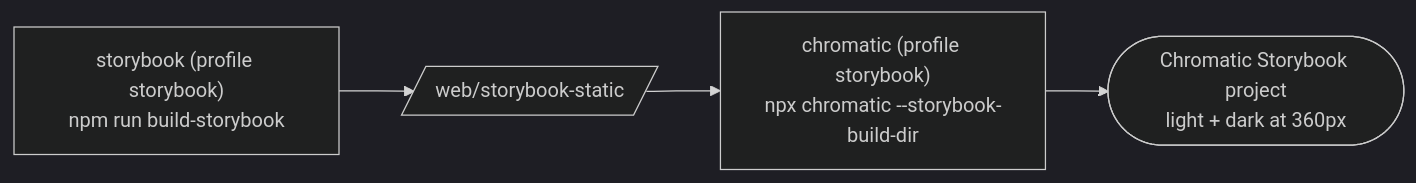
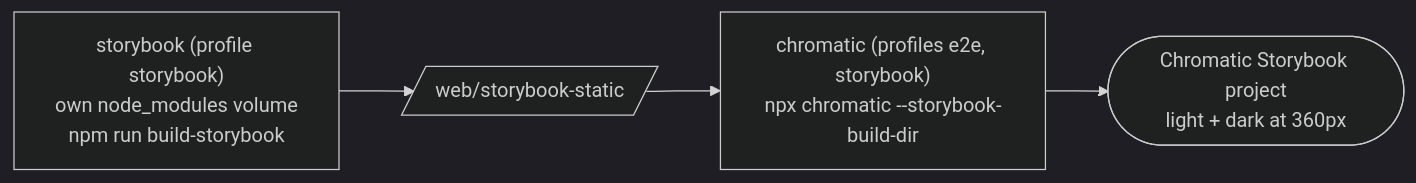
One commit to l1em1on1/social-tennis changed diagram 11 of 12 in docs/architecture.md. Above: the diagram before and after it, drawn with Mermaid (dark theme). The commit also changed other lines of this file and 4 other files, not shown here.

First line of the commit message:
Storybook: tsc covers .storybook, its own volume, and the review's fixes (#46)

````diff
--- a/docs/architecture.md
+++ b/docs/architecture.md
@@ -444,5 +444,5 @@
 ```mermaid
 flowchart LR
-    SB["storybook (profile storybook)<br/>npm run build-storybook"] --> ST[/"web/storybook-static"/]
-    ST --> C2["chromatic (profile storybook)<br/>npx chromatic --storybook-build-dir"] --> CH2(["Chromatic Storybook project<br/>light + dark at 360px"])
+    SB["storybook (profile storybook)<br/>own node_modules volume<br/>npm run build-storybook"] --> ST[/"web/storybook-static"/]
+    ST --> C2["chromatic (profiles e2e, storybook)<br/>npx chromatic --storybook-build-dir"] --> CH2(["Chromatic Storybook project<br/>light + dark at 360px"])
 ```
````
